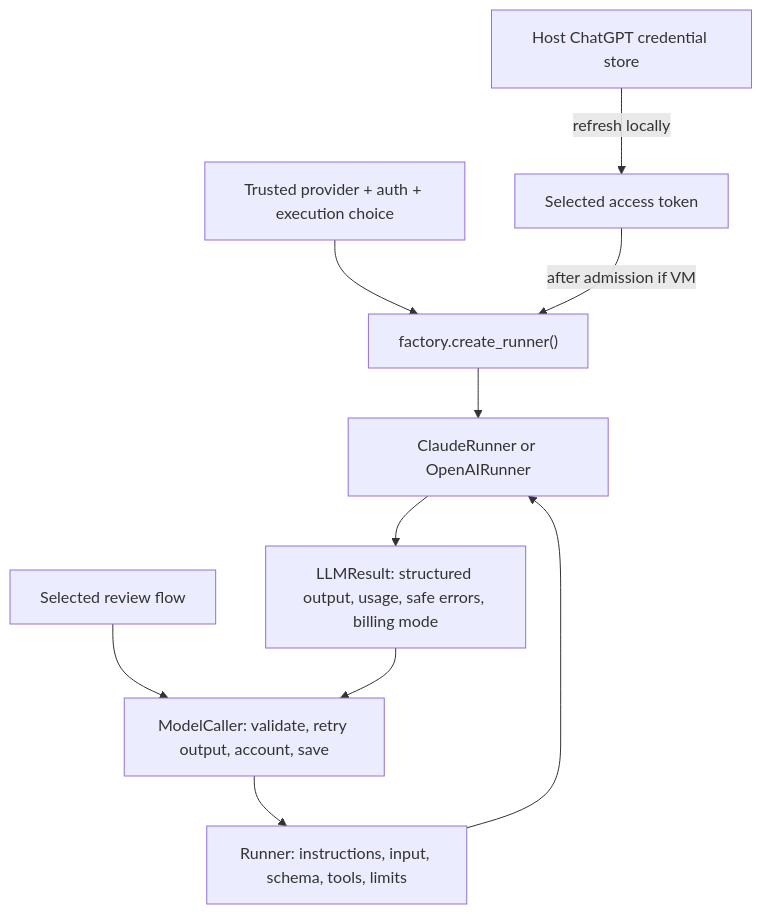
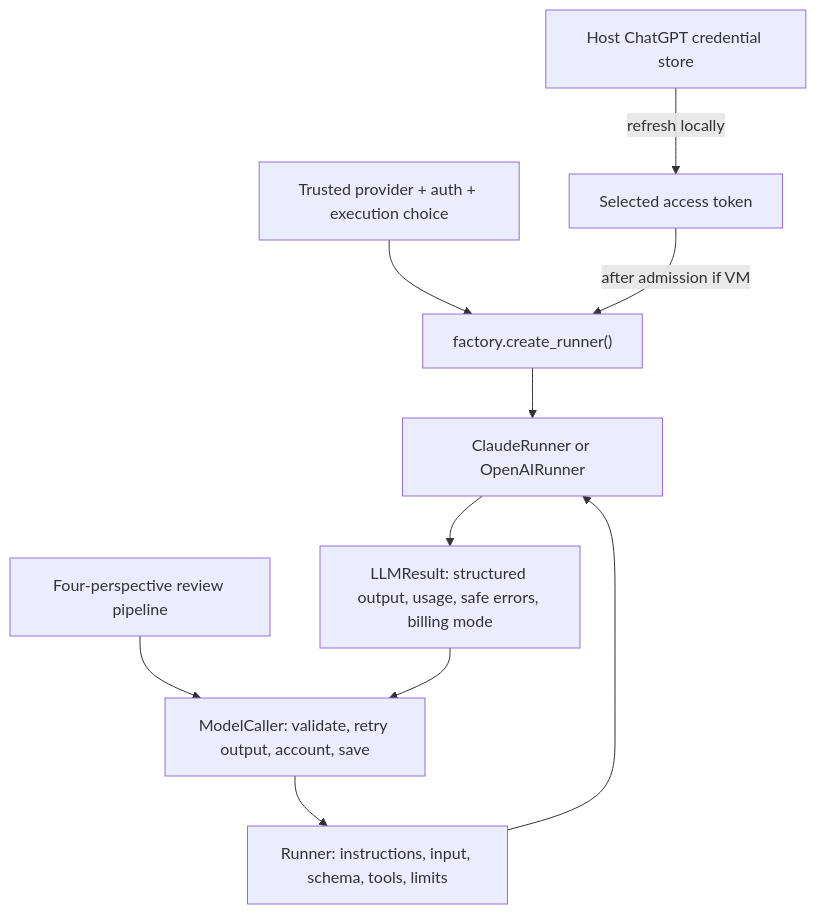
The diagram in docs/llm.md (sskelkar/code-reviewer), drawn with Mermaid before and after one commit. The commit also changed other lines of this file and 138 other files, not shown here.

Commit message:
Make multi-perspective review the sole pipeline

````diff
--- a/docs/llm.md
+++ b/docs/llm.md
@@ -20,12 +20,12 @@
 ```mermaid
 flowchart TD
     CHOICE["Trusted provider + auth + execution choice"] --> FACTORY["factory.create_runner()"]
     HOST["Host ChatGPT credential store"] -->|refresh locally| TOKEN["Selected access token"]
     TOKEN -->|after admission if VM| FACTORY
     FACTORY --> ADAPTER["ClaudeRunner or OpenAIRunner"]
-    FLOW["Selected review flow"] --> CALLER["ModelCaller: validate, retry output, account, save"]
+    FLOW["Four-perspective review pipeline"] --> CALLER["ModelCaller: validate, retry output, account, save"]
     CALLER --> RUNNER["Runner: instructions, input, schema, tools, limits"]
     RUNNER --> ADAPTER
     ADAPTER --> RESULT["LLMResult: structured output, usage, safe errors, billing mode"]
     RESULT --> CALLER
 ```
````
